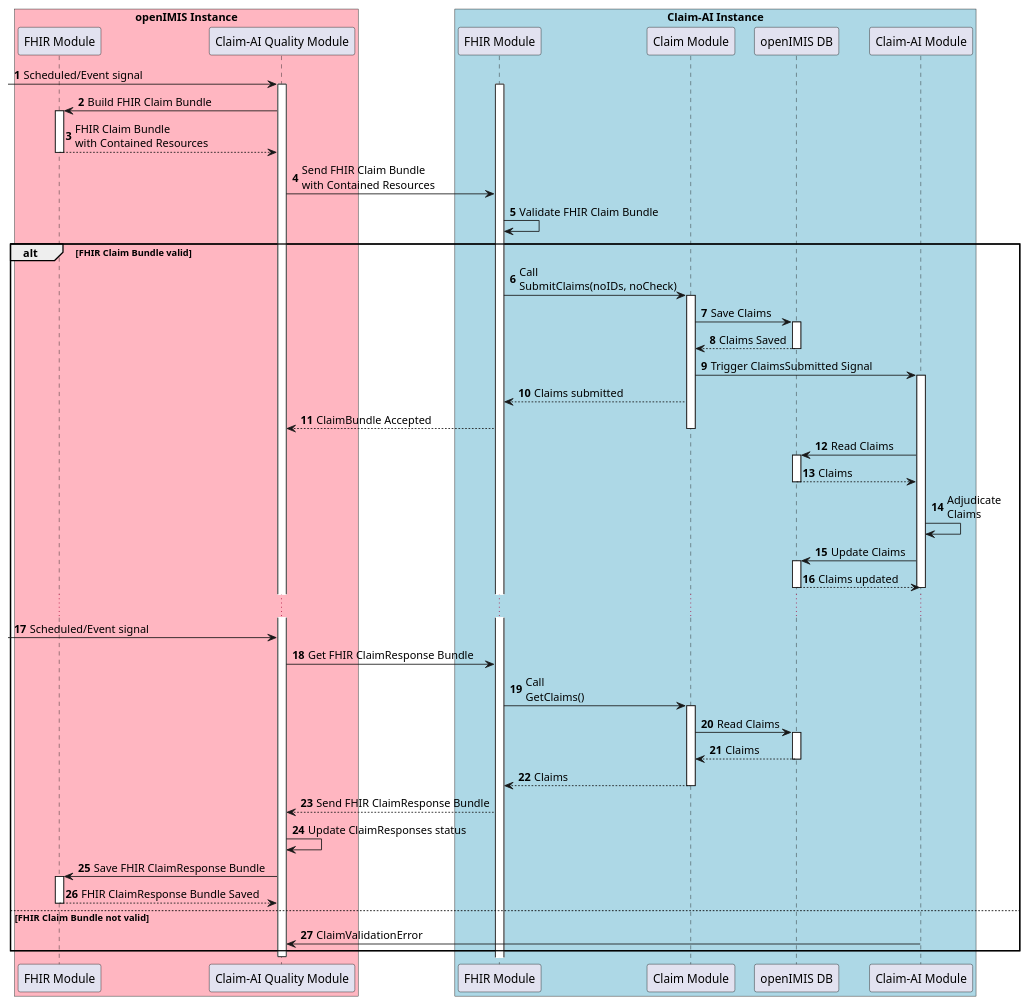
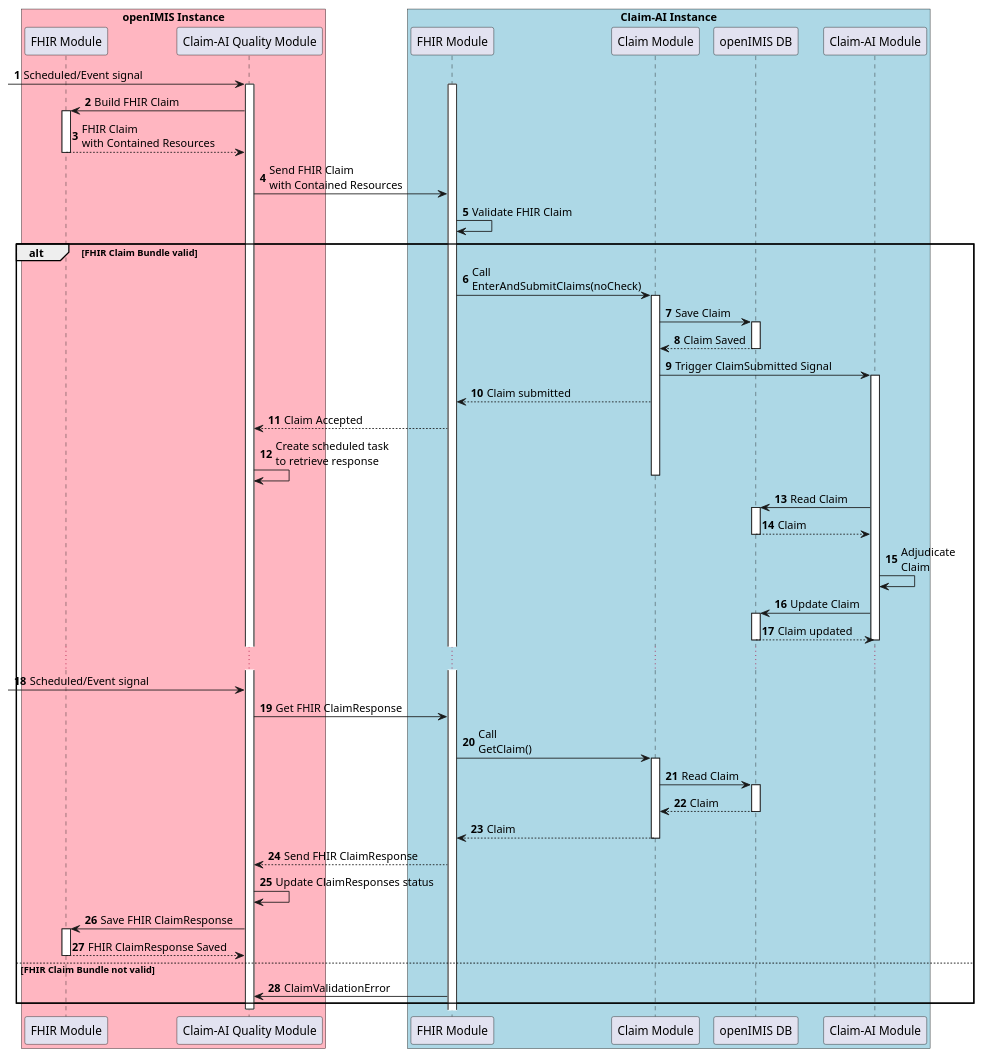
Before and after one commit to openimis/openimis_fhir_r5_ig: the diagram in input/images-source/claim-ai-SD-2-instances.plantuml, drawn with PlantUML. The commit also changed 1 other file, not shown here.

```diff
--- a/input/images-source/claim-ai-SD-2-instances.plantuml
+++ b/input/images-source/claim-ai-SD-2-instances.plantuml
@@ -1,93 +1,95 @@
 @startuml
 
 box "openIMIS Instance" #lightpink
   participant "FHIR Module" as FHIR
   participant "Claim-AI Quality Module" as Quality
 end box
 
 box "Claim-AI Instance" #lightblue
   participant "FHIR Module" as FHIR_AI
   participant "Claim Module" as Claim
   participant "openIMIS DB" as DB
   participant "Claim-AI Module" as AI
 end box
 
 autonumber
 
 [-> Quality: Scheduled/Event signal
 activate Quality
 activate FHIR_AI
 
-Quality->FHIR: Build FHIR Claim Bundle
+Quality->FHIR: Build FHIR Claim
 activate FHIR
-Quality<--FHIR: FHIR Claim Bundle\nwith Contained Resources
+Quality<--FHIR: FHIR Claim \nwith Contained Resources
 deactivate FHIR
 
-Quality->FHIR_AI: Send FHIR Claim Bundle\nwith Contained Resources
+Quality->FHIR_AI: Send FHIR Claim \nwith Contained Resources
 
-FHIR_AI->FHIR_AI: Validate FHIR Claim Bundle
+FHIR_AI->FHIR_AI: Validate FHIR Claim
 
 alt FHIR Claim Bundle valid
 
-  FHIR_AI->Claim: Call\nSubmitClaims(noIDs, noCheck)
+  FHIR_AI->Claim: Call\nEnterAndSubmitClaims(noCheck)
   activate Claim
-  Claim->DB: Save Claims
+  Claim->DB: Save Claim
   activate DB
-  DB-->Claim: Claims Saved
+  DB-->Claim: Claim Saved
   deactivate DB
   
-  Claim->AI: Trigger ClaimsSubmitted Signal
+  Claim->AI: Trigger ClaimSubmitted Signal
   activate AI
-  FHIR_AI<--Claim: Claims submitted
-  FHIR_AI-->Quality: ClaimBundle Accepted
+  FHIR_AI<--Claim: Claim submitted
+  FHIR_AI-->Quality: Claim Accepted
+
+  Quality->Quality: Create scheduled task\nto retrieve response
   
   deactivate Claim
 
-  AI->DB: Read Claims
+  AI->DB: Read Claim
   activate DB
-  DB-->AI: Claims
+  DB-->AI: Claim
   deactivate DB
-  AI->AI: Adjudicate\nClaims
-  AI->DB: Update Claims
+  AI->AI: Adjudicate\nClaim
+  AI->DB: Update Claim
   activate DB 
-  DB-->AI: Claims updated
+  DB-->AI: Claim updated
   deactivate DB
   
   deactivate AI
   
   ...
 
   [-> Quality: Scheduled/Event signal
 
-  Quality->FHIR_AI: Get FHIR ClaimResponse Bundle
+  Quality->FHIR_AI: Get FHIR ClaimResponse
   
-  FHIR_AI->Claim: Call\nGetClaims()
+  FHIR_AI->Claim: Call\nGetClaim()
   activate Claim
-  Claim->DB: Read Claims
+  Claim->DB: Read Claim
   activate DB
-  DB-->Claim: Claims
+  DB-->Claim: Claim
   deactivate DB
   
-  Claim-->FHIR_AI: Claims
+  Claim-->FHIR_AI: Claim
   deactivate Claim
   
-  FHIR_AI-->Quality: Send FHIR ClaimResponse Bundle
+  FHIR_AI-->Quality: Send FHIR ClaimResponse 
 
   Quality->Quality: Update ClaimResponses status
 
-  Quality->FHIR: Save FHIR ClaimResponse Bundle
+  Quality->FHIR: Save FHIR ClaimResponse 
   activate FHIR
-  Quality<--FHIR: FHIR ClaimResponse Bundle Saved
+  Quality<--FHIR: FHIR ClaimResponse Saved
   deactivate FHIR
 
 else FHIR Claim Bundle not valid
 
-AI->Quality: ClaimValidationError
+FHIR_AI->Quality: ClaimValidationError
 
 end
 
 
 
 deactivate Quality
 
 @enduml
```
